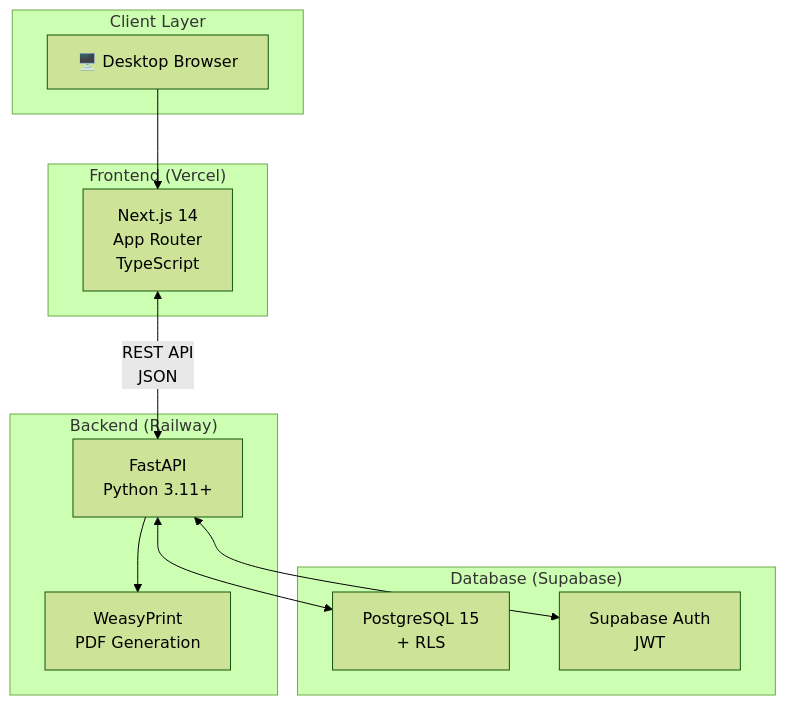
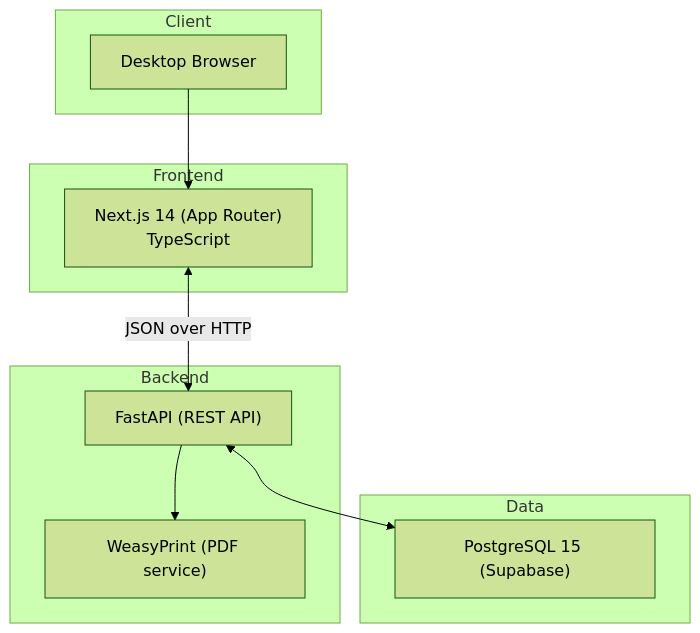
One commit to AIOjPINEDA/EHR_Local changed the diagram in docs/architecture/overview.md. Above: the diagram before and after it, drawn with Mermaid (forest theme). The commit also changed other lines of this file and 15 other files, not shown here.

````diff
--- a/docs/architecture/overview.md
+++ b/docs/architecture/overview.md
@@ -11,26 +11,24 @@
 ```mermaid
 flowchart TB
-    subgraph Client ["Client Layer"]
-        Browser["🖥️ Desktop Browser"]
+    subgraph Client ["Client"]
+        Browser["Desktop Browser"]
     end
 
-    subgraph Frontend ["Frontend (Vercel)"]
-        NextJS["Next.js 14<br/>App Router<br/>TypeScript"]
+    subgraph Frontend ["Frontend"]
+        NextJS["Next.js 14 (App Router)<br/>TypeScript"]
     end
 
-    subgraph Backend ["Backend (Railway)"]
-        FastAPI["FastAPI<br/>Python 3.11+"]
-        Weasy["WeasyPrint<br/>PDF Generation"]
+    subgraph Backend ["Backend"]
+        FastAPI["FastAPI (REST API)"]
+        PDF["WeasyPrint (PDF service)"]
     end
 
-    subgraph Database ["Database (Supabase)"]
-        PG["PostgreSQL 15<br/>+ RLS"]
-        Auth["Supabase Auth<br/>JWT"]
+    subgraph Data ["Data"]
+        PG["PostgreSQL 15 (Supabase)"]
     end
 
     Browser --> NextJS
-    NextJS <-->|REST API<br/>JSON| FastAPI
-    FastAPI --> Weasy
+    NextJS <-->|JSON over HTTP| FastAPI
+    FastAPI --> PDF
     FastAPI <--> PG
-    FastAPI <--> Auth
 ```
````
